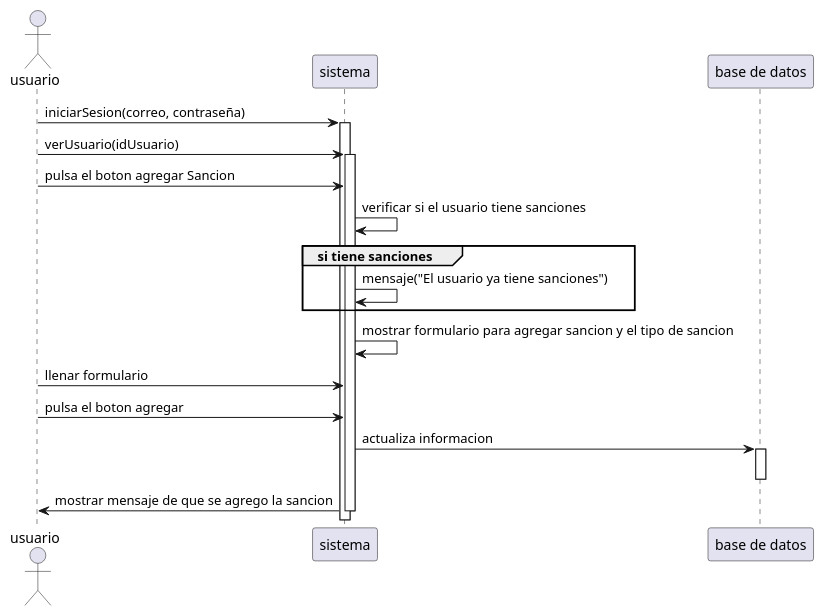
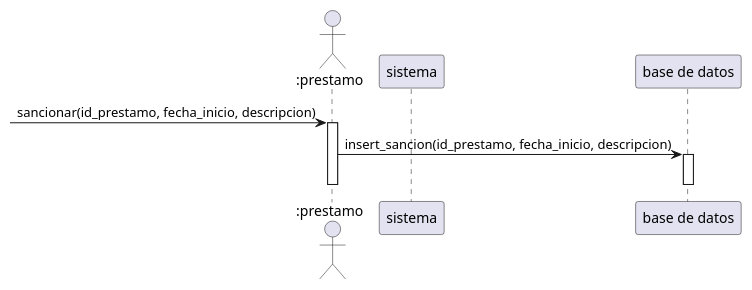
One commit to RubenE107/diagramas-de-dise-o-uml changed the diagram in Interacion3/SacionarLector.puml. Above: the diagram before and after it, drawn with PlantUML. The commit also changed 1 other file, not shown here.

Commit message:
sancionar correcion

```diff
--- a/Interacion3/SacionarLector.puml
+++ b/Interacion3/SacionarLector.puml
@@ -1,26 +1,37 @@
 @startuml
 
-actor "usuario" as u
+actor ":prestamo" as p
 participant "sistema" as s
 participant "base de datos" as bd
 
-u -> s: iniciarSesion(correo, contraseña)
-activate s
-u -> s: verUsuario(idUsuario)
-activate s
-u -> s: pulsa el boton agregar Sancion
-s -> s: verificar si el usuario tiene sanciones
-group si tiene sanciones
-s -> s: mensaje("El usuario ya tiene sanciones")
-end
-s -> s: mostrar formulario para agregar sancion y el tipo de sancion
-u -> s: llenar formulario
-u -> s: pulsa el boton agregar
-s -> bd: actualiza informacion 
+
+-> p: sancionar(id_prestamo, fecha_inicio, descripcion)
+activate p
+
+p->bd:insert_sancion(id_prestamo, fecha_inicio, descripcion)
 activate bd
+deactivate p
 deactivate bd
-s -> u: mostrar mensaje de que se agrego la sancion
 
-deactivate s
+
+
+' u -> s: iniciarSesion(correo, contraseña)
+' activate s
+' u -> s: verUsuario(idUsuario)
+' activate s
+' u -> s: pulsa el boton agregar Sancion
+' s -> s: verificar si el usuario tiene sanciones
+' group si tiene sanciones
+' s -> s: mensaje("El usuario ya tiene sanciones")
+' end
+' s -> s: mostrar formulario para agregar sancion y el tipo de sancion
+' u -> s: llenar formulario
+' u -> s: pulsa el boton agregar
+' s -> bd: actualiza informacion 
+' activate bd
+' deactivate bd
+' s -> u: mostrar mensaje de que se agrego la sancion
+
+' deactivate s
 
 @enduml
```
